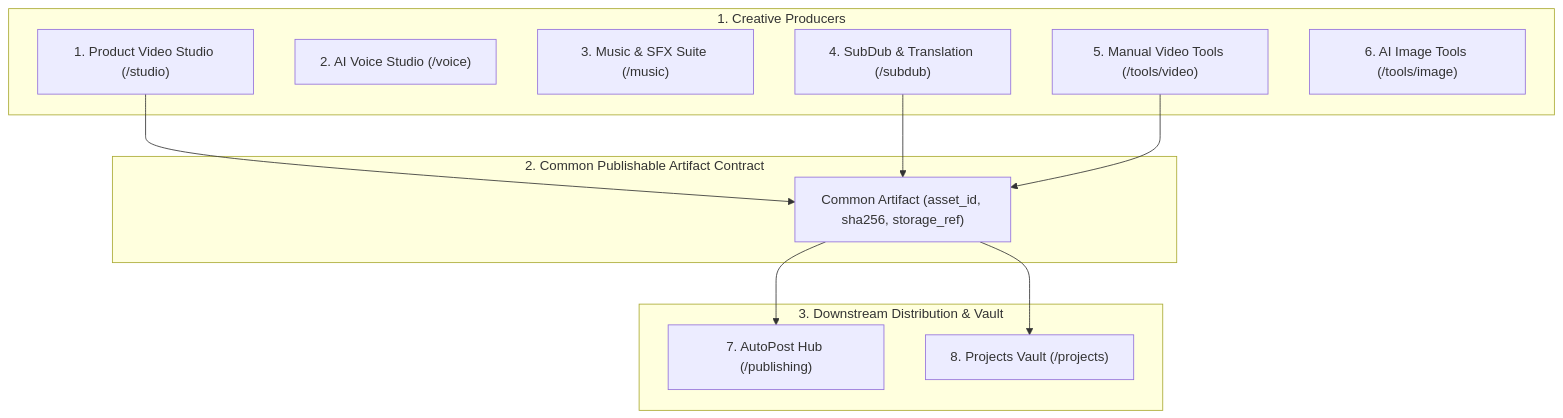
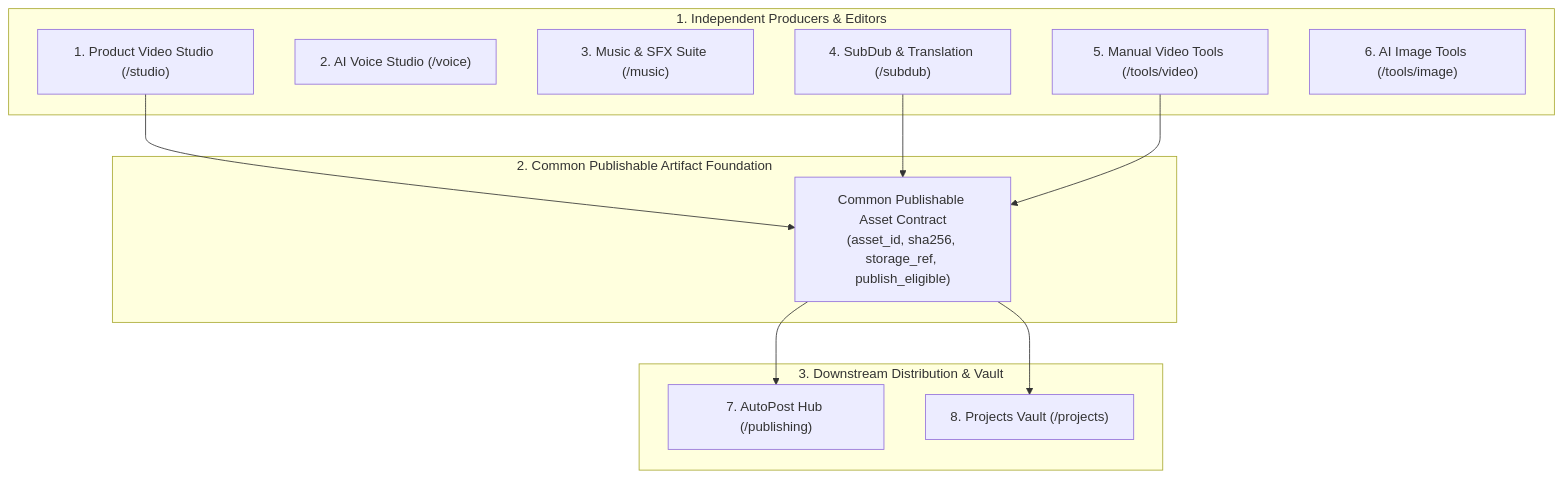
One commit to manhtoangreensky-wq/toan-aas-standalone changed the diagram in docs/audit/WEBAPP_V3_CUSTOMER_PRODUCT_IA.md. Above: the diagram before and after it, drawn with Mermaid. The commit also changed other lines of this file and 8 other files, not shown here.

Commit message:
docs(audit): complete final roadmap and execution safety closure

````diff
--- a/docs/audit/WEBAPP_V3_CUSTOMER_PRODUCT_IA.md
+++ b/docs/audit/WEBAPP_V3_CUSTOMER_PRODUCT_IA.md
@@ -53,26 +55,26 @@
 ```mermaid
 graph TD
-    subgraph Producers ["1. Creative Producers"]
+    subgraph Producers ["1. Independent Producers & Editors"]
         P1["1. Product Video Studio (/studio)"]
         P2["2. AI Voice Studio (/voice)"]
         P3["3. Music & SFX Suite (/music)"]
         P4["4. SubDub & Translation (/subdub)"]
         P5["5. Manual Video Tools (/tools/video)"]
         P6["6. AI Image Tools (/tools/image)"]
     end
 
-    subgraph Handoff ["2. Common Publishable Artifact Contract"]
-        H1["Common Artifact (asset_id, sha256, storage_ref)"]
+    subgraph Handoff ["2. Common Publishable Artifact Foundation"]
+        H1["Common Publishable Asset Contract\n(asset_id, sha256, storage_ref, publish_eligible)"]
     end
 
     subgraph Downstream ["3. Downstream Distribution & Vault"]
         D1["7. AutoPost Hub (/publishing)"]
         D2["8. Projects Vault (/projects)"]
     end
 
     P1 --> H1
     P4 --> H1
     P5 --> H1
     H1 --> D1
     H1 --> D2
 ```
````
